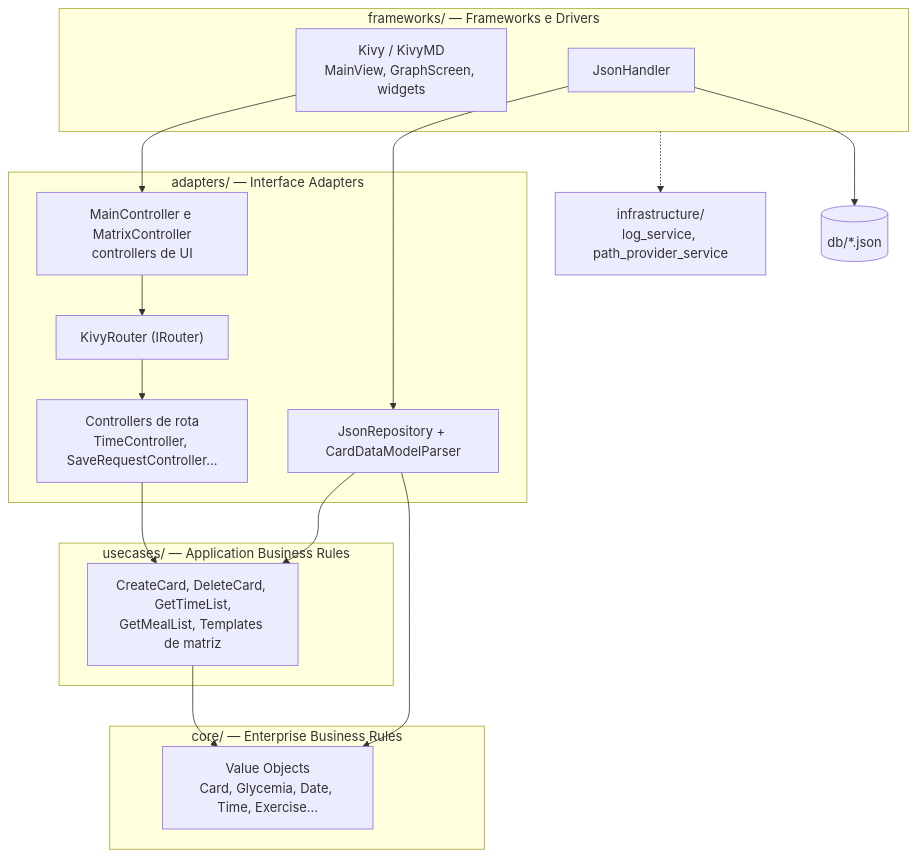
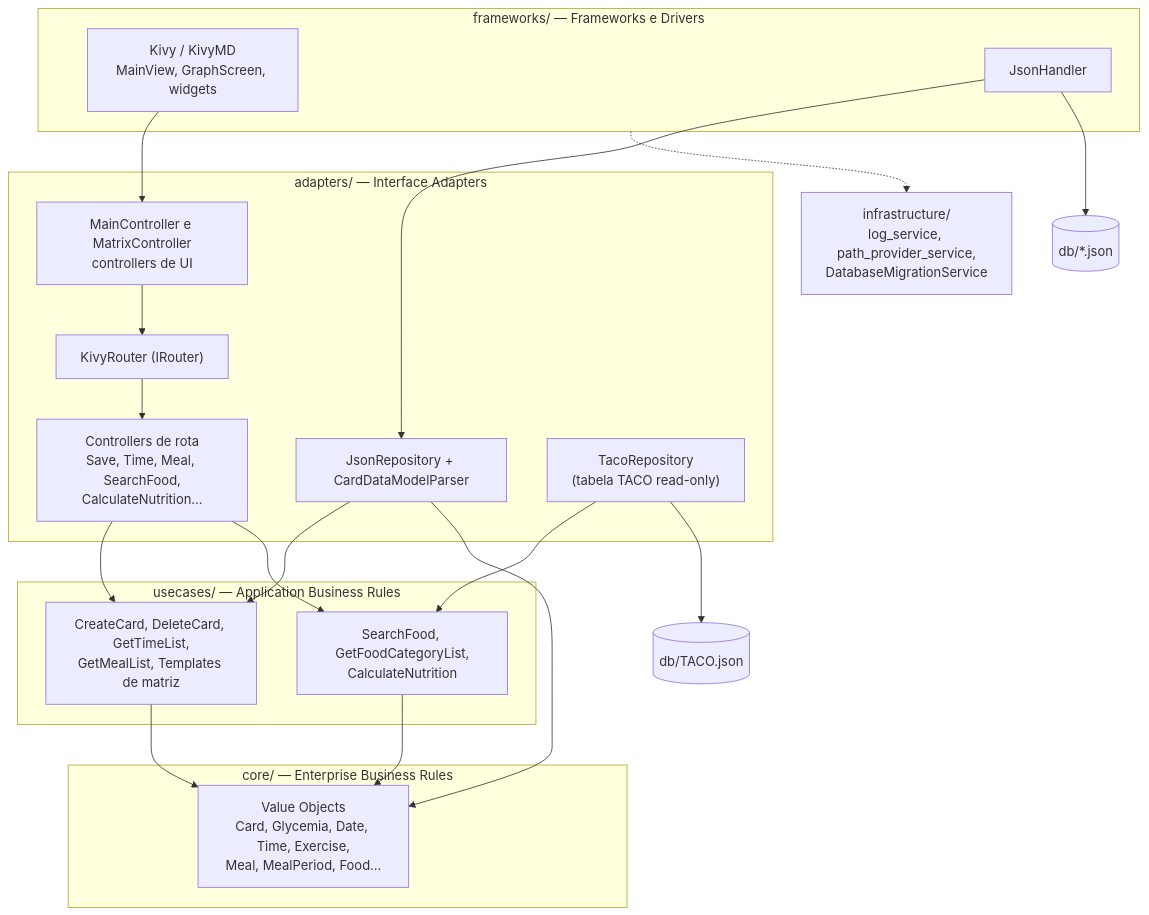
The diagram in README.md (babingoia/Dextros), drawn with Mermaid before and after one commit. The commit also changed other lines of this file and 3 other files, not shown here.

````diff
--- a/README.md
+++ b/README.md
@@ -46,36 +50,43 @@
 ```mermaid
 flowchart TB
     subgraph FW["frameworks/ — Frameworks e Drivers"]
         UI["Kivy / KivyMD<br/>MainView, GraphScreen, widgets"]
         JH["JsonHandler"]
     end
 
     subgraph AD["adapters/ — Interface Adapters"]
         MC["MainController e MatrixController<br/>controllers de UI"]
-        CT["Controllers de rota<br/>TimeController, SaveRequestController..."]
+        CT["Controllers de rota<br/>Save, Time, Meal, SearchFood,<br/>CalculateNutrition..."]
         RT["KivyRouter (IRouter)"]
         RP["JsonRepository + CardDataModelParser"]
+        TACO["TacoRepository<br/>(tabela TACO read-only)"]
     end
 
     subgraph UC["usecases/ — Application Business Rules"]
         USE["CreateCard, DeleteCard, GetTimeList,<br/>GetMealList, Templates de matriz"]
+        FOODUC["SearchFood, GetFoodCategoryList,<br/>CalculateNutrition"]
     end
 
     subgraph CORE["core/ — Enterprise Business Rules"]
-        VO["Value Objects<br/>Card, Glycemia, Date, Time, Exercise..."]
+        VO["Value Objects<br/>Card, Glycemia, Date, Time, Exercise,<br/>Meal, MealPeriod, Food..."]
     end
 
-    INFRA["infrastructure/<br/>log_service, path_provider_service"]
+    INFRA["infrastructure/<br/>log_service, path_provider_service,<br/>DatabaseMigrationService"]
     DB[("db/*.json")]
+    TACODB[("db/TACO.json")]
 
     UI --> MC
     MC --> RT
     RT --> CT
     CT --> USE
+    CT --> FOODUC
     USE --> VO
+    FOODUC --> VO
     RP --> USE
     RP --> VO
+    TACO --> FOODUC
     JH --> RP
     JH --> DB
+    TACO --> TACODB
     FW -.-> INFRA
 ```
````
